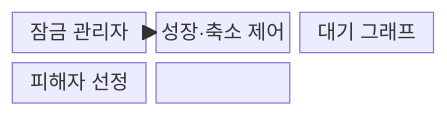
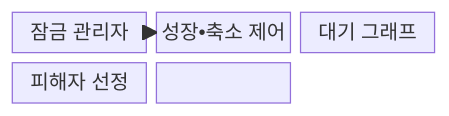
Before and after one commit to agnusdei1207/knowledge-base: the first of 2 diagrams in src/content/docs/notes/03-software/088_two_phase_locking.md, drawn with Mermaid. The commit also changed other lines of this file and 953 other files, not shown here.

````diff
--- a/src/content/docs/notes/03-software/088_two_phase_locking.md
+++ b/src/content/docs/notes/03-software/088_two_phase_locking.md
@@ -69,10 +69,10 @@
 ```mermaid
 block
   columns 3
   L["잠금 관리자"]
-  P["성장·축소 제어"]
+  P["성장•축소 제어"]
   W["대기 그래프"]
   V["피해자 선정"]
   L --> P
   L --> W --> V
 ```
````
